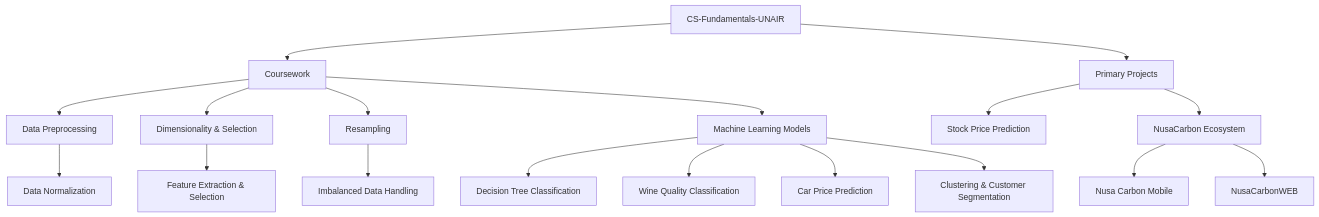
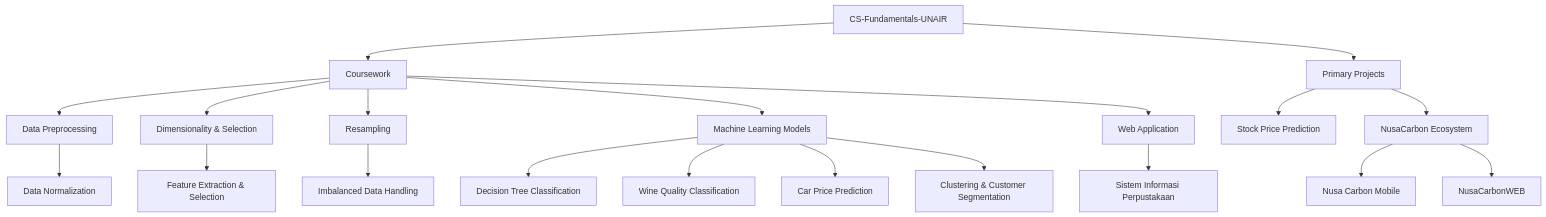
One commit to Skyiop1/CS-Fundamentals-UNAIR changed the diagram in README.md. Above: the diagram before and after it, drawn with Mermaid. The commit also changed other lines of this file and 86 other files, not shown here.

Commit message:
feat: rename apsi to Sistem Informasi Perpustakaan and add to root portfolio

````diff
--- a/README.md
+++ b/README.md
@@ -16,26 +16,29 @@
 ```mermaid
 flowchart TD
     Root[CS-Fundamentals-UNAIR] --> ClassTasks[Coursework]
     Root --> PrimaryProjects[Primary Projects]
 
     ClassTasks --> T1[Data Preprocessing]
     T1 --> D1[Data Normalization]
     
     ClassTasks --> T2[Dimensionality & Selection]
     T2 --> D2[Feature Extraction & Selection]
     
     ClassTasks --> T3[Resampling]
     T3 --> D3[Imbalanced Data Handling]
     
     ClassTasks --> T4[Machine Learning Models]
     T4 --> D4[Decision Tree Classification]
     T4 --> D5[Wine Quality Classification]
     T4 --> D6[Car Price Prediction]
     T4 --> D7[Clustering & Customer Segmentation]
 
+    ClassTasks --> T5[Web Application]
+    T5 --> D8[Sistem Informasi Perpustakaan]
+
     PrimaryProjects --> P1[Stock Price Prediction]
     PrimaryProjects --> P2[NusaCarbon Ecosystem]
 
     P2 --> P2a[Nusa Carbon Mobile]
     P2 --> P2b[NusaCarbonWEB]
 ```
````
